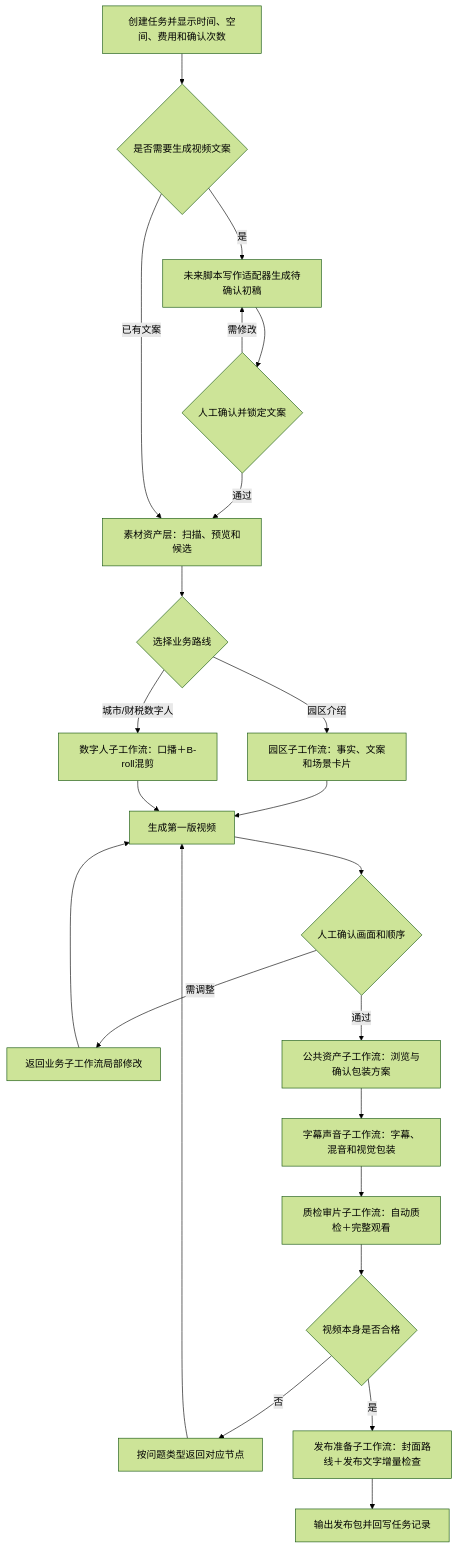
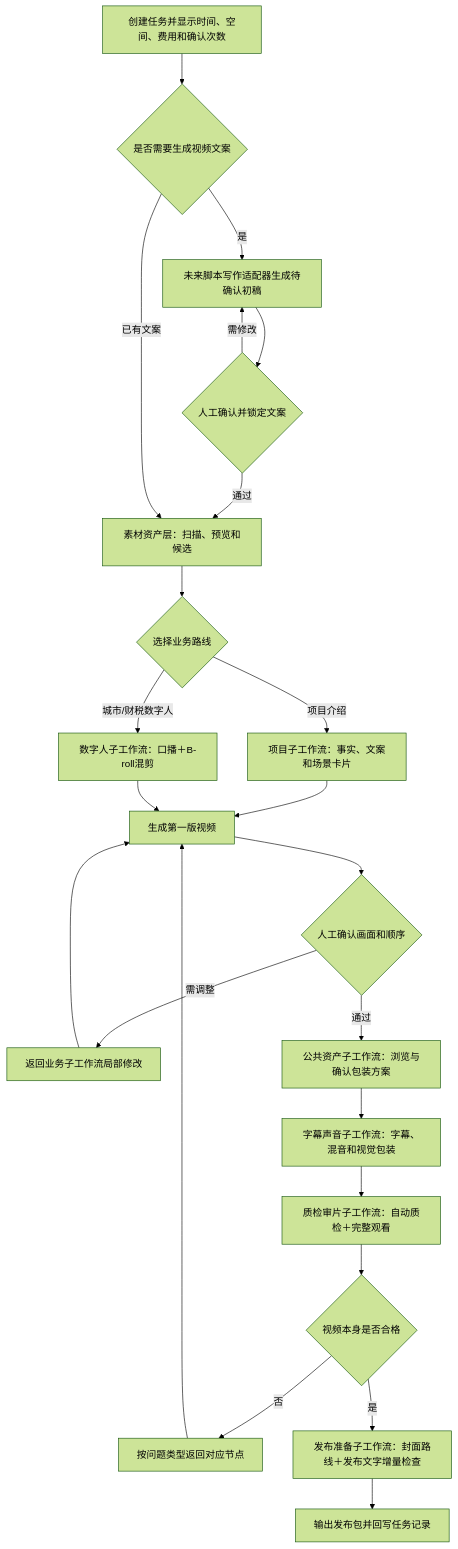
Before and after one commit to kcs060073-ui/suojian: the diagram in cutroom/docs/superpowers/specs/2026-08-12-video-production-workflow-design.md, drawn with Mermaid (forest theme). The commit also changed other lines of this file and 217 other files, not shown here.

````diff
--- a/cutroom/docs/superpowers/specs/2026-08-12-video-production-workflow-design.md
+++ b/cutroom/docs/superpowers/specs/2026-08-12-video-production-workflow-design.md
@@ -80,25 +80,25 @@
 ```mermaid
 flowchart TD
     A["创建任务并显示时间、空间、费用和确认次数"] --> A1{"是否需要生成视频文案"}
     A1 -->|是| A2["未来脚本写作适配器生成待确认初稿"]
     A2 --> A3{"人工确认并锁定文案"}
     A3 -->|需修改| A2
     A3 -->|通过| B["素材资产层：扫描、预览和候选"]
     A1 -->|已有文案| B
     B --> C{"选择业务路线"}
-    C -->|园区介绍| D["园区子工作流：事实、文案和场景卡片"]
+    C -->|项目介绍| D["项目子工作流：事实、文案和场景卡片"]
     C -->|城市/财税数字人| E["数字人子工作流：口播＋B-roll混剪"]
     D --> F["生成第一版视频"]
     E --> F
     F --> G{"人工确认画面和顺序"}
     G -->|需调整| H["返回业务子工作流局部修改"]
     H --> F
     G -->|通过| I["公共资产子工作流：浏览与确认包装方案"]
     I --> J["字幕声音子工作流：字幕、混音和视觉包装"]
     J --> K["质检审片子工作流：自动质检＋完整观看"]
     K --> L{"视频本身是否合格"}
     L -->|否| M["按问题类型返回对应节点"]
     M --> F
     L -->|是| N["发布准备子工作流：封面路线＋发布文字增量检查"]
     N --> O["输出发布包并回写任务记录"]
 ```
````
